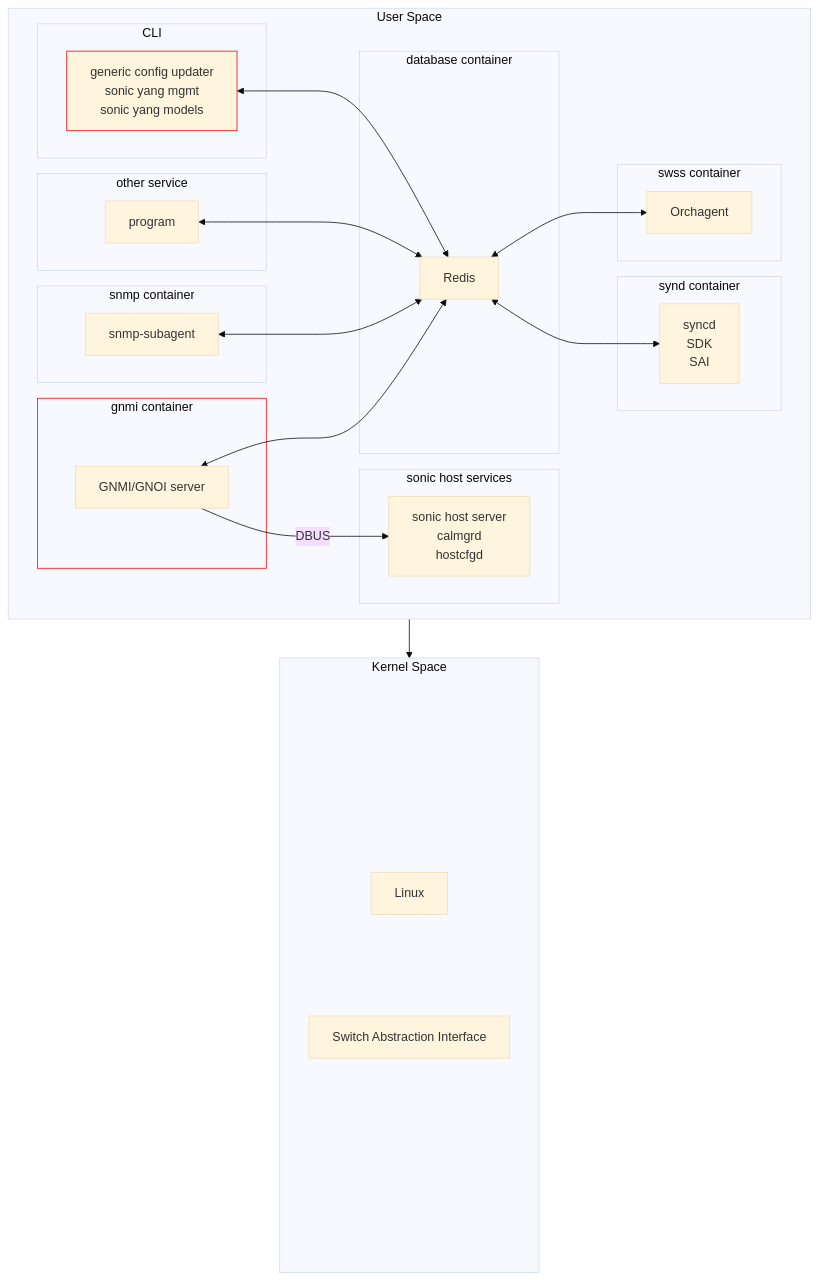
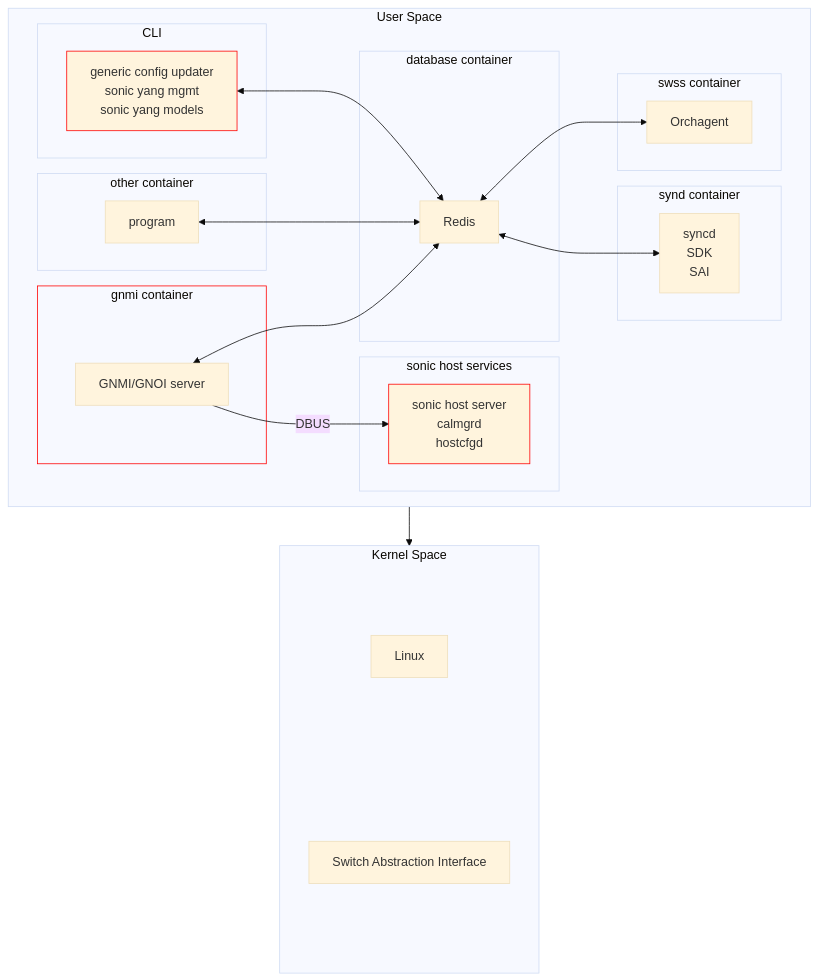
Before and after one commit to ganglyu/mermaid: the diagram in management_plane.md, drawn with Mermaid (base theme).

````diff
--- a/management_plane.md
+++ b/management_plane.md
@@ -1,57 +1,47 @@
 ```mermaid
 flowchart TD
     classDef management stroke:#FF0000;
     subgraph UserSpace[User Space]
         subgraph gnmiContainer[gnmi container]
             gnmi[GNMI/GNOI server]
         end
         style gnmiContainer stroke:#FF0000;
         subgraph sonic host services
-            hostServices[sonic host server<br>calmgrd<br>hostcfgd]
+            hostServices[sonic host server<br>calmgrd<br>hostcfgd]:::management
         end
-        subgraph snmp container
-            snmp-subagent
-        end
-        subgraph other service
+        subgraph other container
             program
         end
         subgraph swss container
             orchagent[Orchagent]
         end
         subgraph database container
             Redis[Redis]
         end
         subgraph synd container
             syncd[syncd<br>SDK<br>SAI]
         end
         subgraph CLI
             GCU[generic config updater<br>sonic yang mgmt<br>sonic yang models]:::management
         end
         gnmi <--> Redis
         gnmi --> |DBUS|hostServices
-        snmp-subagent <--> Redis
         program <--> Redis
         GCU <--> Redis
         Redis <--> orchagent
         Redis <--> syncd
     end
     subgraph KernelSpace[Kernel Space]
         KernelA[ ]
+        Linux[Linux]
         KernelB[ ]
         KernelC[ ]
-        Linux[Linux]
+        SAI[Switch Abstraction Interface]
         KernelD[ ]
-        SAI[Switch Abstraction Interface]
-        KernelE[ ]
-        KernelF[ ]
-        KernelG[ ]
         style KernelA visibility:hidden
         style KernelB visibility:hidden
         style KernelC visibility:hidden
         style KernelD visibility:hidden
-        style KernelE visibility:hidden
-        style KernelF visibility:hidden
-        style KernelG visibility:hidden
     end
     UserSpace --> KernelSpace
 ```
````
